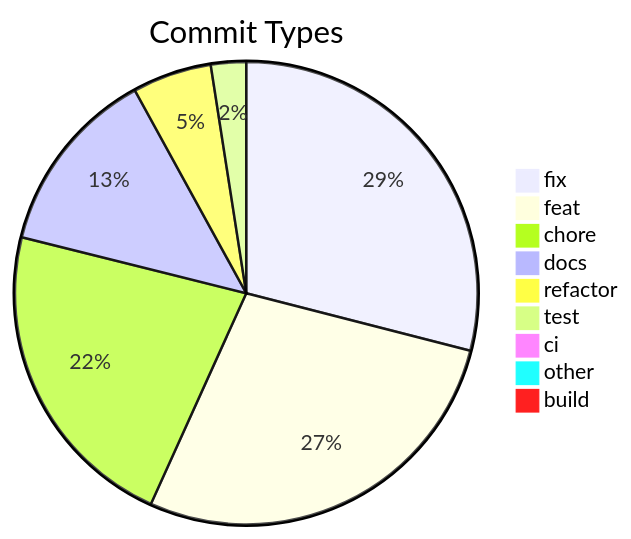
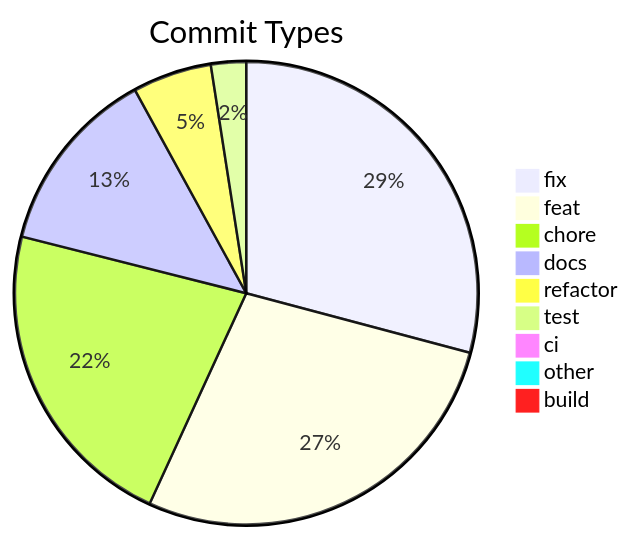
The diagram in .shipwright/compliance/change-history.md (svenroth-ai/shipwright), drawn with Mermaid before and after one commit. The commit also changed other lines of this file and 37 other files, not shown here.

````diff
--- a/.shipwright/compliance/change-history.md
+++ b/.shipwright/compliance/change-history.md
@@ -8,12 +8,12 @@
 ```mermaid
 pie title Commit Types
-    "fix" : 283
+    "fix" : 285
     "feat" : 271
     "chore" : 216
     "docs" : 128
     "refactor" : 54
     "test" : 24
     "ci" : 7
     "other" : 7
     "build" : 1
 ```
````
